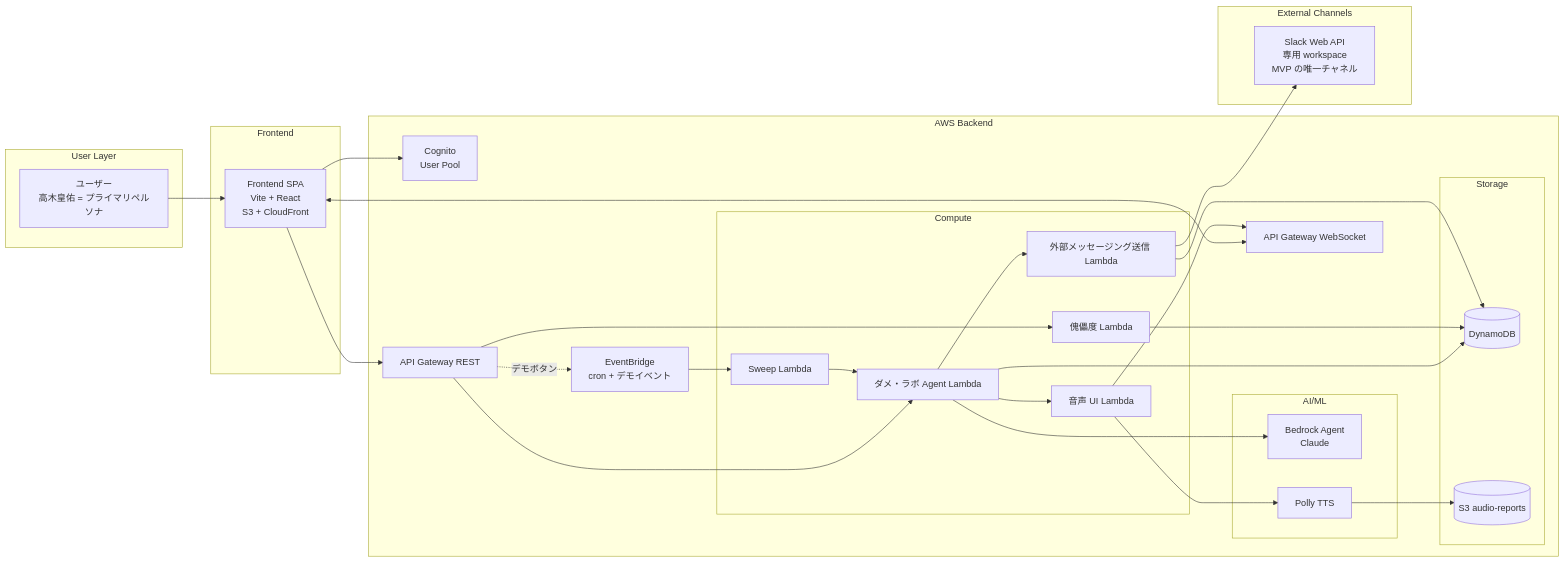
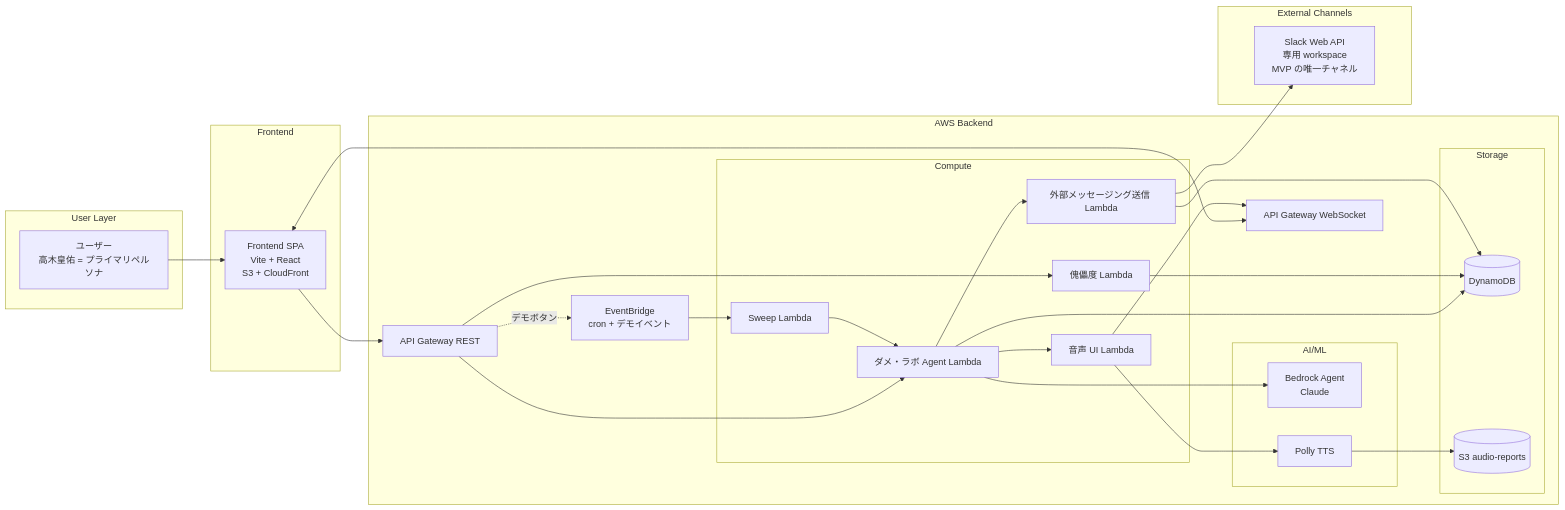
The diagram in aidlc-docs/inception/application-design/application-design.md (is-tech-lab/team-dlc-dame-labo-corporation), drawn with Mermaid before and after one commit. The commit also changed other lines of this file and 13 other files, not shown here.

````diff
--- a/aidlc-docs/inception/application-design/application-design.md
+++ b/aidlc-docs/inception/application-design/application-design.md
@@ -54,60 +54,58 @@
 ```mermaid
 flowchart LR
     subgraph User Layer
         User[ユーザー<br/>高木皇佑 = プライマリペルソナ]
     end
 
     subgraph Frontend
         SPA[Frontend SPA<br/>Vite + React<br/>S3 + CloudFront]
     end
 
     subgraph AWS Backend
-        Cognito[Cognito<br/>User Pool]
         REST[API Gateway REST]
         WS[API Gateway WebSocket]
 
         subgraph Compute
             AgentL[ダメ・ラボ Agent Lambda]
             PuppetLevelL[傀儡度 Lambda]
             ExtL[外部メッセージング送信 Lambda]
             VoiceL[音声 UI Lambda]
             SweepL[Sweep Lambda]
         end
 
         subgraph Storage
             DDB[(DynamoDB)]
             S3A[(S3 audio-reports)]
         end
 
         subgraph AI/ML
             Bedrock[Bedrock Agent<br/>Claude]
             Polly[Polly TTS]
         end
 
         EB[EventBridge<br/>cron + デモイベント]
     end
 
     subgraph External Channels
         Slack[Slack Web API<br/>専用 workspace<br/>MVP の唯一チャネル]
     end
 
     User --> SPA
-    SPA --> Cognito
     SPA --> REST
     SPA <--> WS
     REST --> AgentL
     REST --> PuppetLevelL
     AgentL --> Bedrock
     AgentL --> ExtL
     AgentL --> VoiceL
     VoiceL --> Polly
     Polly --> S3A
     VoiceL --> WS
     AgentL --> DDB
     PuppetLevelL --> DDB
     ExtL --> DDB
     EB --> SweepL
     SweepL --> AgentL
     REST -.デモボタン.-> EB
     ExtL --> Slack
 ```
````
